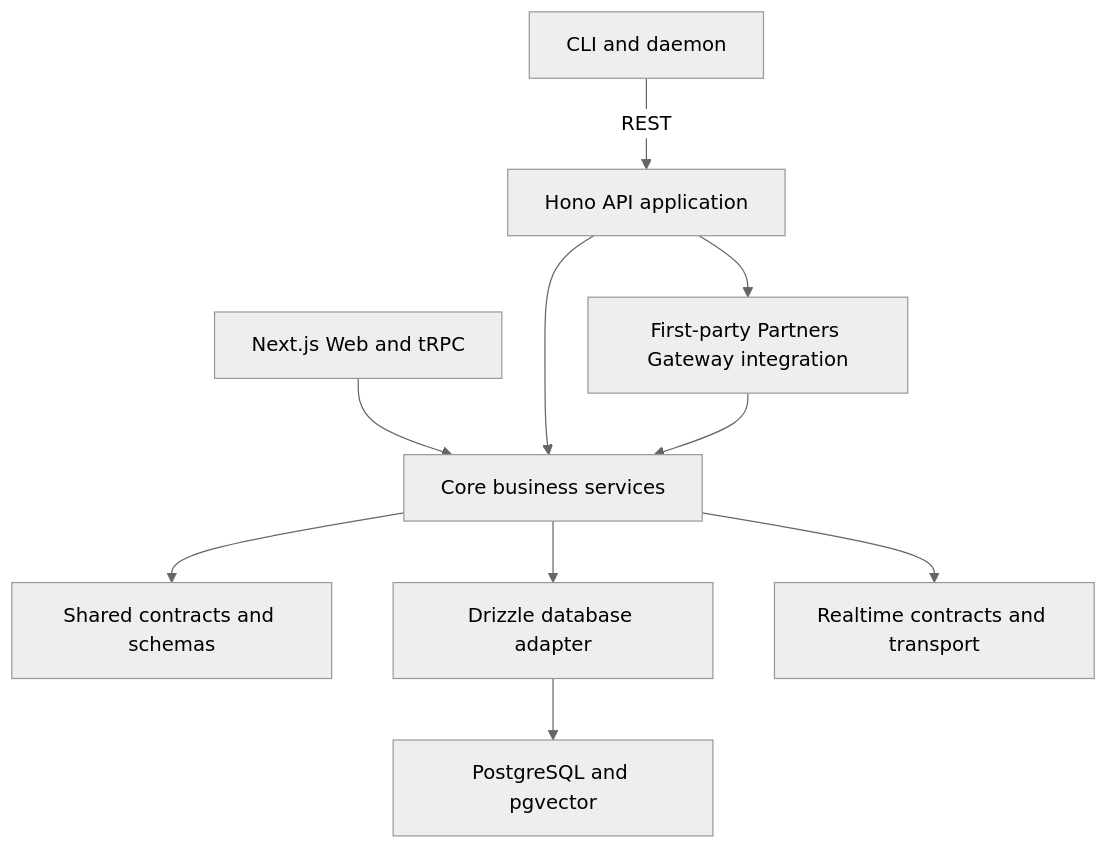
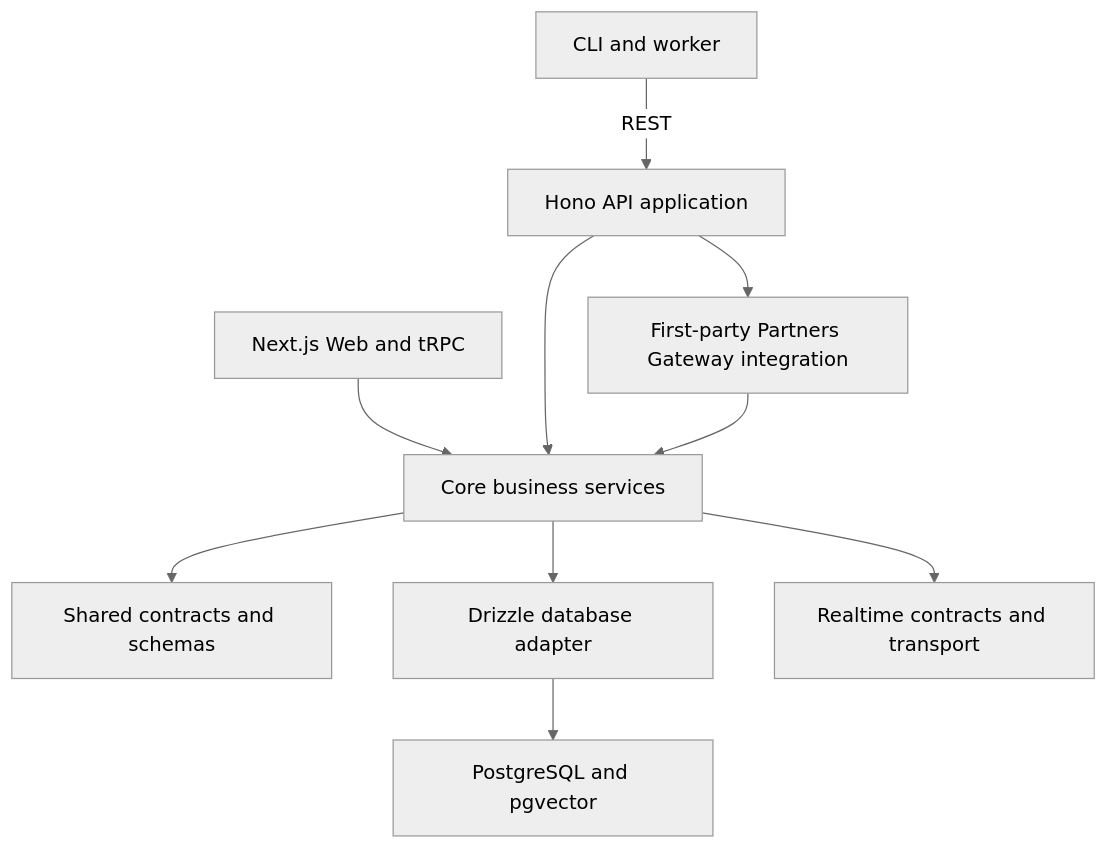
The diagram in docs/design.md (limmytian/task-weaver), drawn with Mermaid (neutral theme) before and after one commit. The commit also changed other lines of this file and 113 other files, not shown here.

````diff
--- a/docs/design.md
+++ b/docs/design.md
@@ -38,12 +38,12 @@
 ```mermaid
 flowchart TD
-    CLI[CLI and daemon] -->|REST| API[Hono API application]
+    CLI[CLI and worker] -->|REST| API[Hono API application]
     WEB[Next.js Web and tRPC] --> CORE[Core business services]
     API --> CORE
     API --> GATEWAY[First-party Partners Gateway integration]
     CORE --> CONTRACTS[Shared contracts and schemas]
     CORE --> DB[Drizzle database adapter]
     GATEWAY --> CORE
     CORE --> RT[Realtime contracts and transport]
     DB --> PG[PostgreSQL and pgvector]
 ```
````
